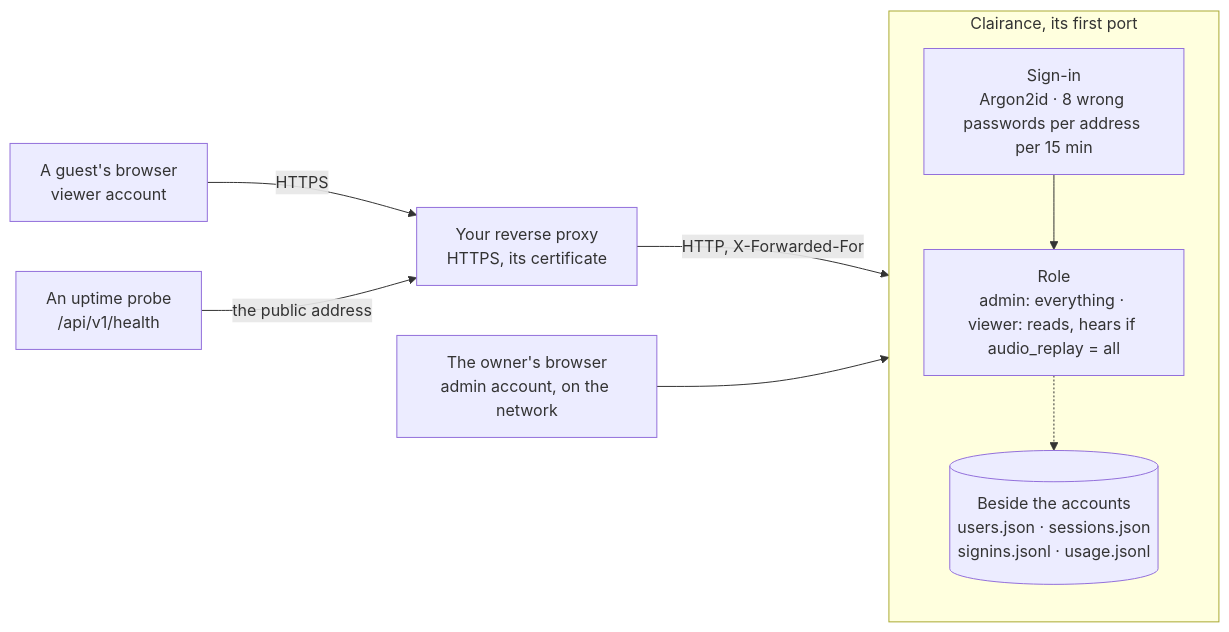
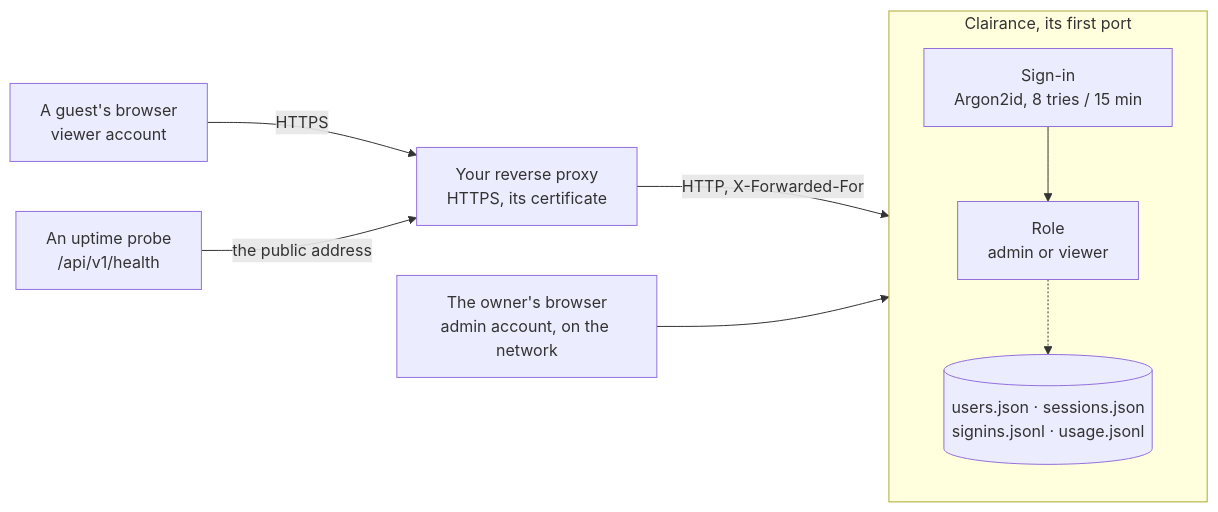
Before and after one commit to chatelp/clairance: the first of 2 diagrams in README.md, drawn with Mermaid. The commit also changed 1 other file, not shown here.

Commit message:
docs: the access diagram, shorter labels

````diff
--- a/README.md
+++ b/README.md
@@ -256,19 +256,19 @@
 ```mermaid
 flowchart LR
   guest["A guest's browser<br/>viewer account"]
   owner["The owner's browser<br/>admin account, on the network"]
   proxy["Your reverse proxy<br/>HTTPS, its certificate"]
   subgraph server["Clairance, its first port"]
     direction TB
-    signin["Sign-in<br/>Argon2id · 8 wrong passwords per address per 15 min"]
-    role["Role<br/>admin: everything · viewer: reads, hears if audio_replay = all"]
-    files[("Beside the accounts<br/>users.json · sessions.json<br/>signins.jsonl · usage.jsonl")]
+    signin["Sign-in<br/>Argon2id, 8 tries / 15 min"]
+    role["Role<br/>admin or viewer"]
+    files[("users.json · sessions.json<br/>signins.jsonl · usage.jsonl")]
     signin --> role
     role -.-> files
   end
   probe["An uptime probe<br/>/api/v1/health"]
   guest -- "HTTPS" --> proxy
   proxy -- "HTTP, X-Forwarded-For" --> server
   owner --> server
   probe -- "the public address" --> proxy
 ```
````
